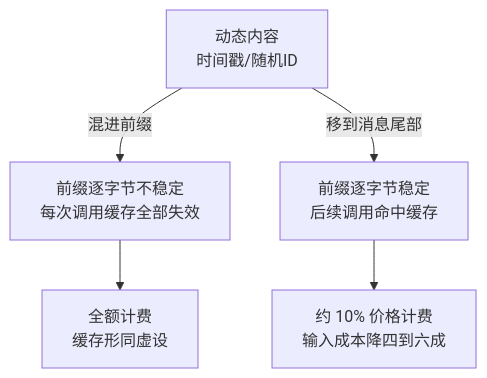
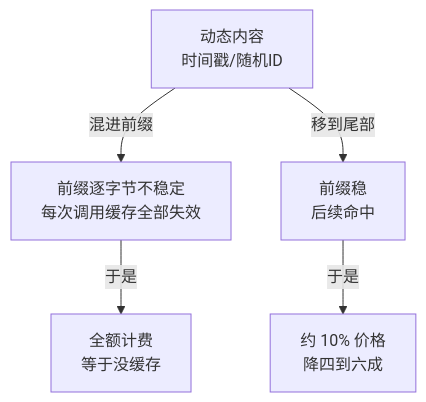
One commit to hub138/technical-knowledge changed the fourth of 4 diagrams in vault/工程知识/AI 系统工程：从模型能力到生产能力/质量与运营/Agent的缓存与结果复用.md. Above: the diagram before and after it, drawn with Mermaid. The commit also changed other lines of this file and 622 other files, not shown here.

````diff
--- a/vault/工程知识/AI 系统工程：从模型能力到生产能力/质量与运营/Agent的缓存与结果复用.md
+++ b/vault/工程知识/AI 系统工程：从模型能力到生产能力/质量与运营/Agent的缓存与结果复用.md
@@ -219,7 +270,7 @@
 ```mermaid
 graph TD
     D["动态内容<br/>时间戳/随机ID"] -->|"混进前缀"| F["前缀逐字节不稳定<br/>每次调用缓存全部失效"]
-    F --> F1["全额计费<br/>缓存形同虚设"]
-    D -->|"移到消息尾部"| S["前缀逐字节稳定<br/>后续调用命中缓存"]
-    S --> S1["约 10% 价格计费<br/>输入成本降四到六成"]
+    F -->|于是| F1["全额计费<br/>等于没缓存"]
+    D -->|"移到尾部"| S["前缀稳<br/>后续命中"]
+    S -->|于是| S1["约 10% 价格<br/>降四到六成"]
 ```
````
